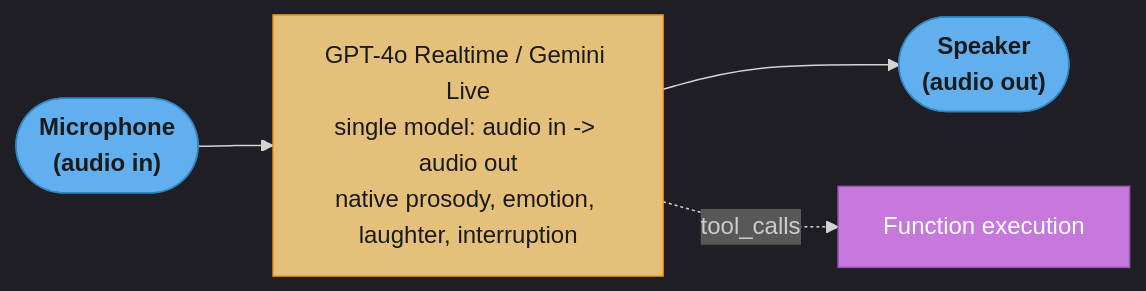
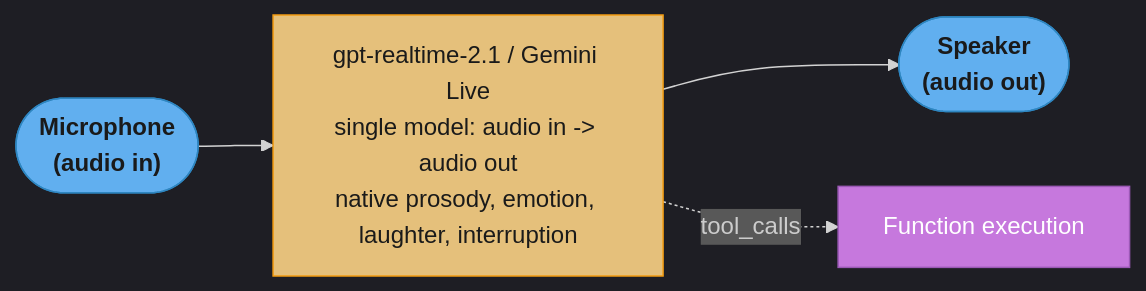
Before and after one commit to rppol/system-design: the second of 3 diagrams in src/main/java/com/rutik/systemdesign/llm/voice_agents/voice_agents.md, drawn with Mermaid. The commit also changed other lines of this file and 466 other files, not shown here.

````diff
--- a/src/main/java/com/rutik/systemdesign/llm/voice_agents/voice_agents.md
+++ b/src/main/java/com/rutik/systemdesign/llm/voice_agents/voice_agents.md
@@ -88,19 +88,19 @@
 ```mermaid
 %%{init: {'flowchart': {'curve': 'basis'}, 'theme': 'dark'}}%%
 flowchart LR
     classDef io      fill:#61afef,stroke:#2e86c1,color:#1a1a1a,font-weight:bold
     classDef frozen  fill:#c678dd,stroke:#9b59b6,color:#fff
     classDef train   fill:#98c379,stroke:#27ae60,color:#1a1a1a
     classDef mathOp  fill:#d19a66,stroke:#e67e22,color:#1a1a1a,font-weight:bold
     classDef lossN   fill:#e06c75,stroke:#c0392b,color:#fff,font-weight:bold
     classDef req     fill:#56b6c2,stroke:#0097a7,color:#1a1a1a
     classDef base    fill:#e5c07b,stroke:#f39c12,color:#1a1a1a
 
-    MIC(["Microphone\n(audio in)"]) --> M["GPT-4o Realtime / Gemini Live\nsingle model: audio in -> audio out\nnative prosody, emotion, laughter, interruption"]
+    MIC(["Microphone\n(audio in)"]) --> M["gpt-realtime-2.1 / Gemini Live\nsingle model: audio in -> audio out\nnative prosody, emotion, laughter, interruption"]
     M --> SPK(["Speaker\n(audio out)"])
     M -.->|"tool_calls"| TOOLS["Function execution"]
 
     class MIC,SPK io
     class M base
     class TOOLS frozen
 ```
````
